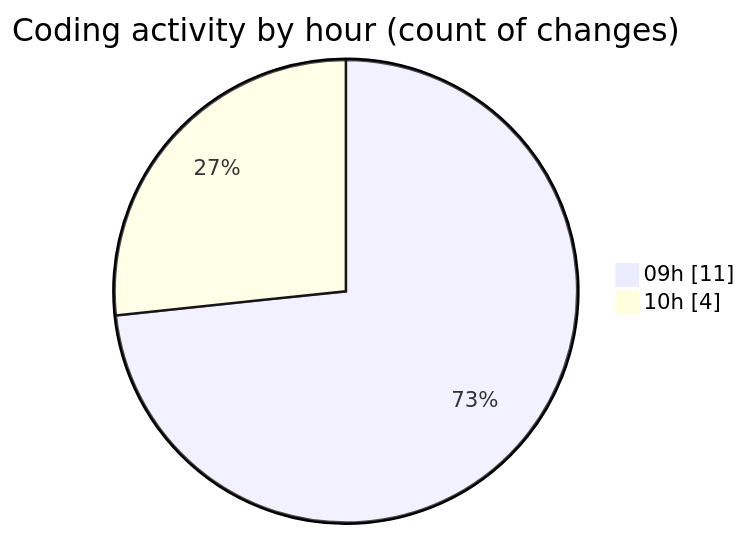
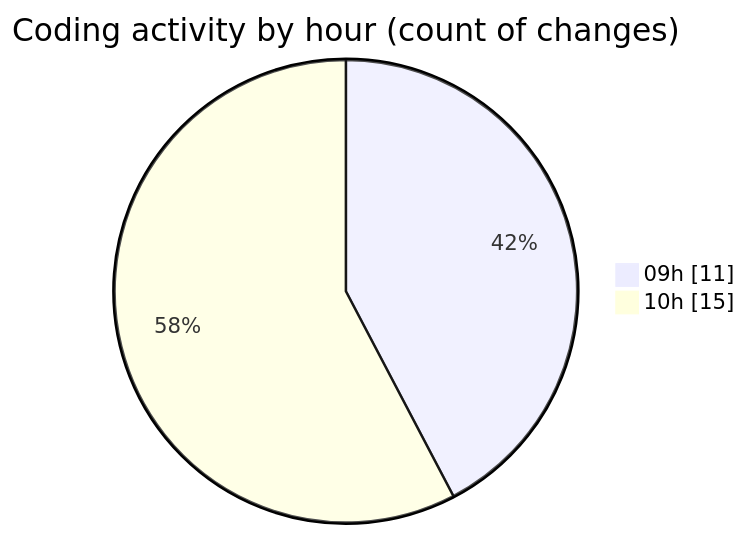
The second of 2 diagrams in 2025-07-10/cda/README.md (momahboobian/code-tracking), drawn with Mermaid before and after one commit. The commit also changed other lines of this file and 1 other file, not shown here.

````diff
--- a/2025-07-10/cda/README.md
+++ b/2025-07-10/cda/README.md
@@ -32,6 +35,6 @@
 ```mermaid
 pie showData
 title Coding activity by hour (count of changes)
 "09h" : 11
-"10h" : 4
+"10h" : 15
 ```
````
